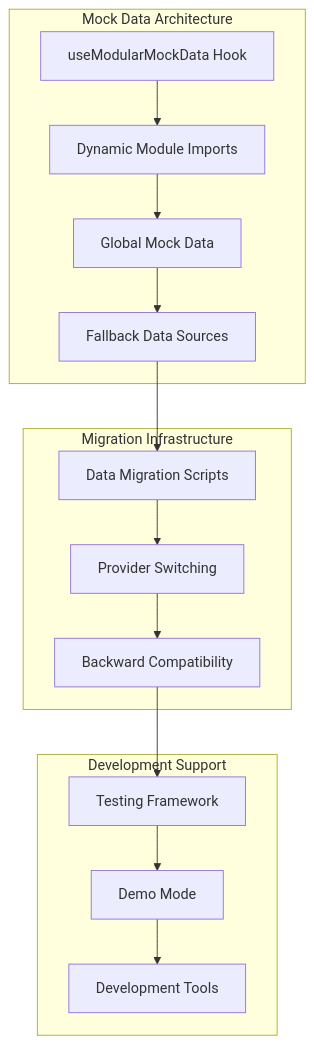
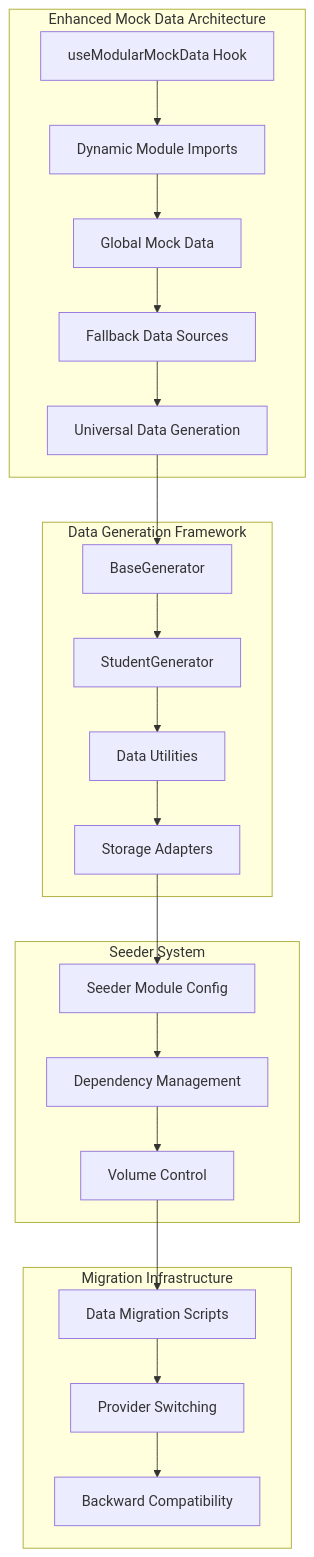
Before and after one commit to geniusdynamics/schoolpilot: the first of 5 diagrams in .qoder/repowiki/en/content/Mock Data Dev Guide.md, drawn with Mermaid. The commit also changed other lines of this file and 16 other files, not shown here.

First line of the commit message:
docs: update repowiki documentation for modules and mock data guide

````diff
--- a/.qoder/repowiki/en/content/Mock Data Dev Guide.md
+++ b/.qoder/repowiki/en/content/Mock Data Dev Guide.md
@@ -41,28 +53,40 @@
 ```mermaid
 graph TB
-subgraph "Mock Data Architecture"
+subgraph "Enhanced Mock Data Architecture"
 A["useModularMockData Hook"]
 B["Dynamic Module Imports"]
 C["Global Mock Data"]
 D["Fallback Data Sources"]
+E["Universal Data Generation"]
+end
+subgraph "Data Generation Framework"
+F["BaseGenerator"]
+G["StudentGenerator"]
+H["Data Utilities"]
+I["Storage Adapters"]
+end
+subgraph "Seeder System"
+J["Seeder Module Config"]
+K["Dependency Management"]
+L["Volume Control"]
 end
 subgraph "Migration Infrastructure"
-E["Data Migration Scripts"]
-F["Provider Switching"]
-G["Backward Compatibility"]
-end
-subgraph "Development Support"
-H["Testing Framework"]
-I["Demo Mode"]
-J["Development Tools"]
+M["Data Migration Scripts"]
+N["Provider Switching"]
+O["Backward Compatibility"]
 end
 A --> B
 B --> C
 C --> D
 D --> E
 E --> F
 F --> G
 G --> H
 H --> I
 I --> J
+J --> K
+K --> L
+L --> M
+M --> N
+N --> O
 ```
````
